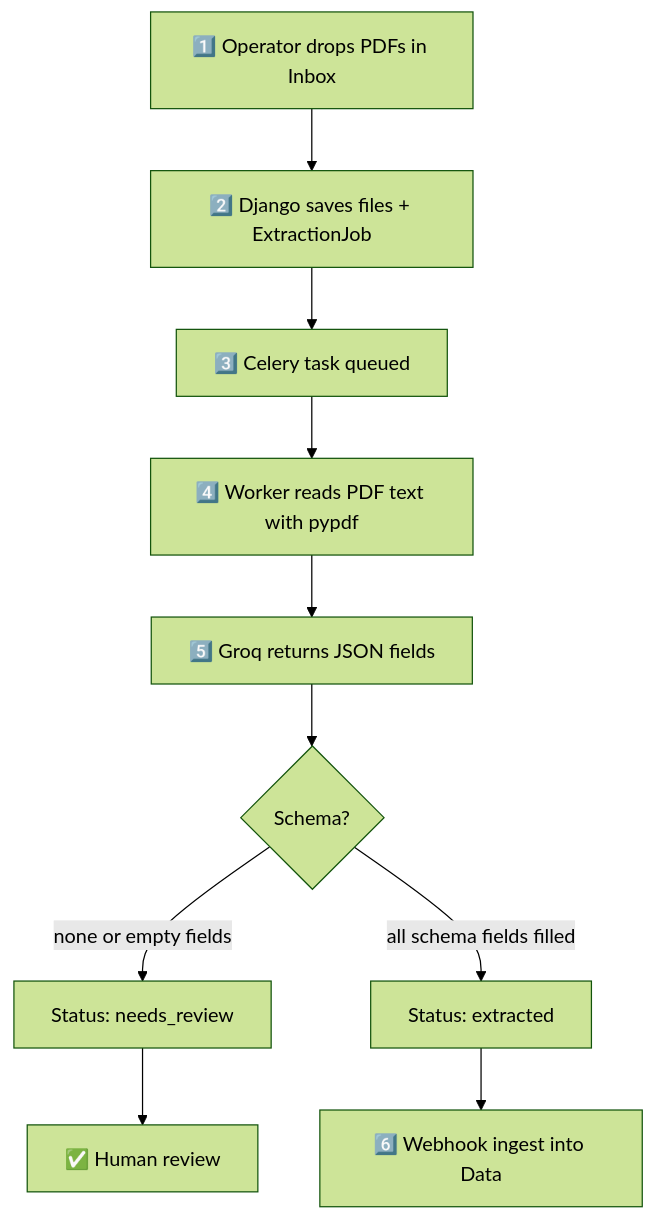
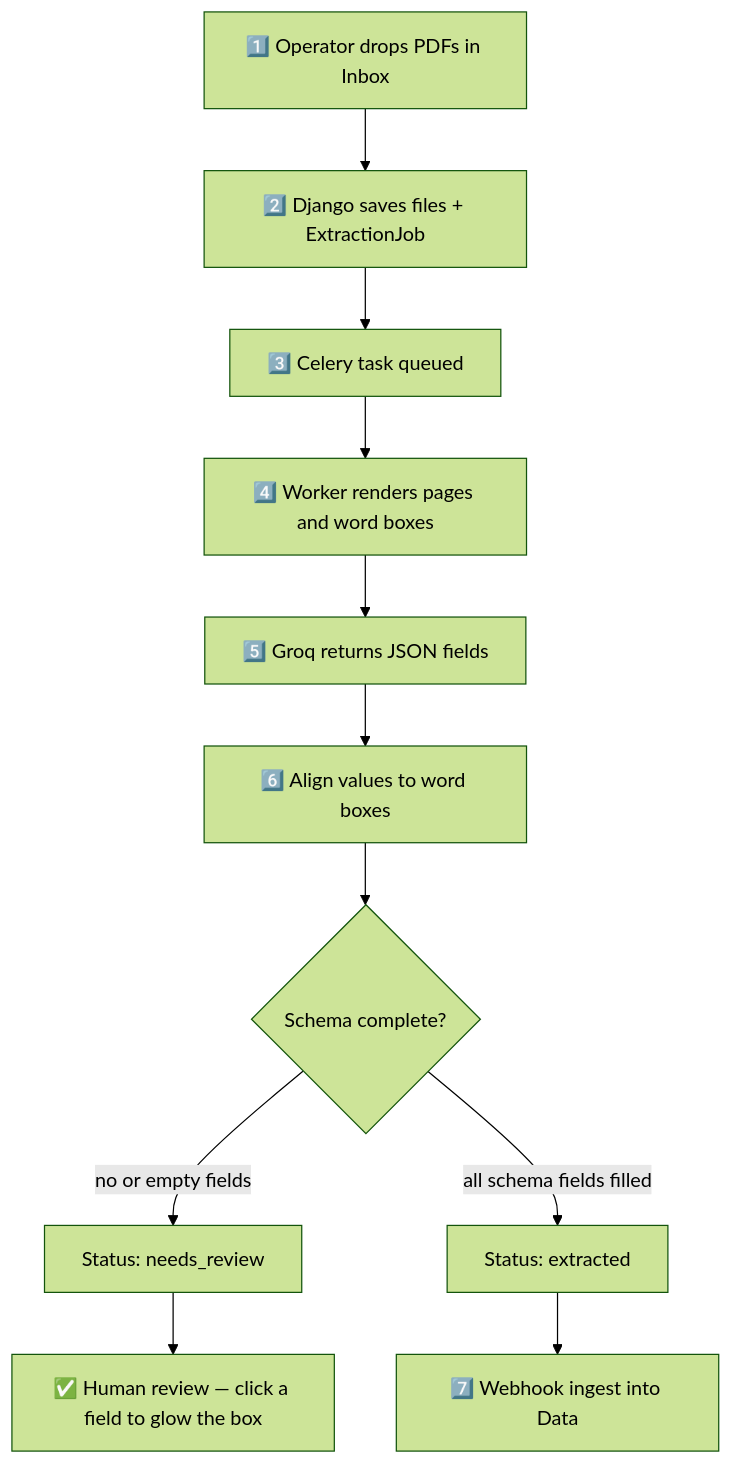
Before and after one commit to karan-chandel-asc/fieldline-document-intelligence: the second of 3 diagrams in README.md, drawn with Mermaid (forest theme). The commit also changed other lines of this file and 19 other files, not shown here.

````diff
--- a/README.md
+++ b/README.md
@@ -198,12 +202,13 @@
 ```mermaid
 flowchart TB
   A[1️⃣ Operator drops PDFs in Inbox] --> B[2️⃣ Django saves files + ExtractionJob]
   B --> C[3️⃣ Celery task queued]
-  C --> D[4️⃣ Worker reads PDF text with pypdf]
+  C --> D[4️⃣ Worker renders pages and word boxes]
   D --> E[5️⃣ Groq returns JSON fields]
-  E --> F{Schema?}
-  F -->|none or empty fields| G[Status: needs_review]
+  E --> P[6️⃣ Align values to word boxes]
+  P --> F{Schema complete?}
+  F -->|no or empty fields| G[Status: needs_review]
   F -->|all schema fields filled| H[Status: extracted]
-  H --> I[6️⃣ Webhook ingest into Data]
-  G --> J[✅ Human review]
+  H --> I[7️⃣ Webhook ingest into Data]
+  G --> J[✅ Human review — click a field to glow the box]
 ```
````
